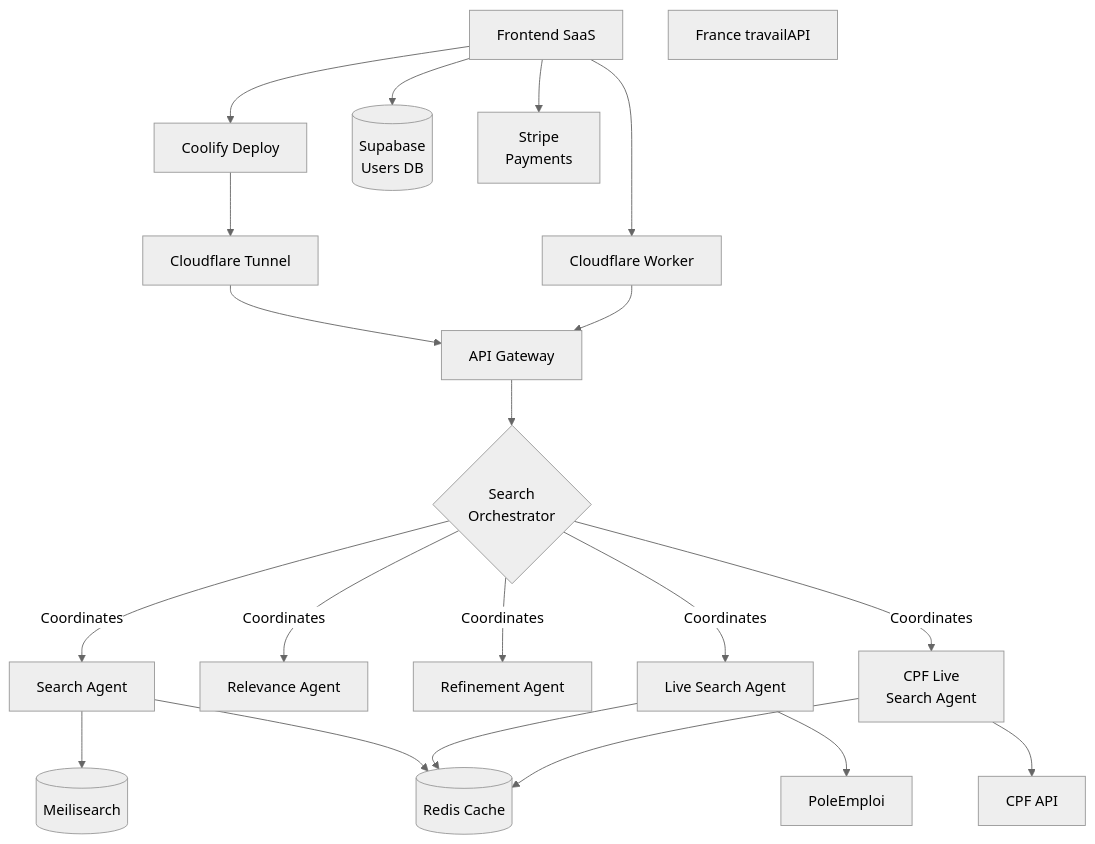
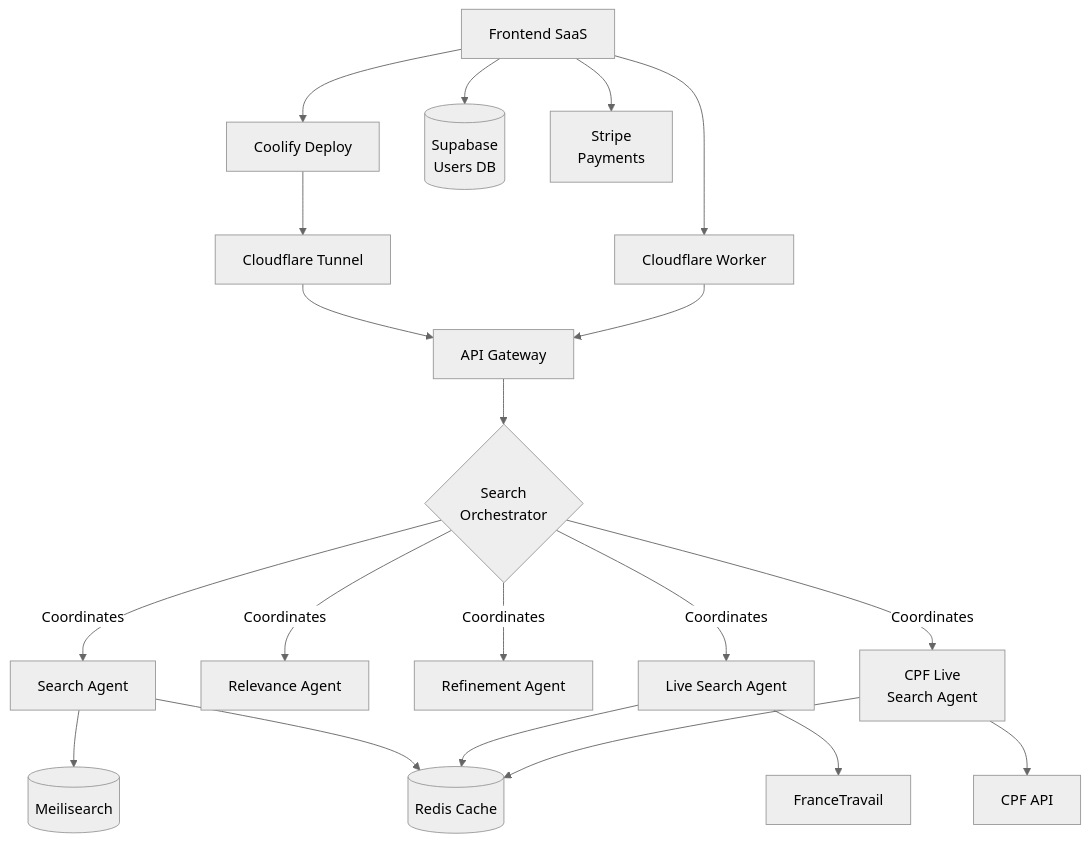
One commit to stranxik/passerelle.cc changed the first of 3 diagrams in README.md. Above: the diagram before and after it, drawn with Mermaid (neutral theme). The commit also changed other lines of this file, not shown here.

````diff
--- a/README.md
+++ b/README.md
@@ -5,56 +5,55 @@
 ```mermaid
 graph TB
     %% Frontend & Infrastructure
     Frontend[Frontend SaaS]
     Coolify[Coolify Deploy]
     CloudflareTunnel[Cloudflare Tunnel]
     CloudflareWorker[Cloudflare Worker]
     Supabase[(Supabase<br/>Users DB)]
     Stripe[Stripe<br/>Payments]
     
     %% Backend Core
     API[API Gateway]
     Redis[(Redis Cache)]
     Meilisearch[(Meilisearch)]
     
     %% Agents
     SearchOrchestrator{Search<br/>Orchestrator}
     SearchAgent[Search Agent]
     RelevanceAgent[Relevance Agent]
     RefinementAgent[Refinement Agent]
     LiveSearchAgent[Live Search Agent]
     CPFLiveSearchAgent[CPF Live<br/>Search Agent]
     
     %% External APIs
-    France-travail[France travailAPI]
     CPF[CPF API]
     
     %% Infrastructure Connections
     Frontend --> Coolify
     Coolify --> CloudflareTunnel
     CloudflareTunnel --> API
     Frontend --> CloudflareWorker
     CloudflareWorker --> API
     
     %% Frontend Connections
     Frontend --> Supabase
     Frontend --> Stripe
     
     %% Backend Flow
     API --> SearchOrchestrator
     SearchOrchestrator --> |Coordinates| SearchAgent
     SearchOrchestrator --> |Coordinates| RelevanceAgent
     SearchOrchestrator --> |Coordinates| RefinementAgent
     SearchOrchestrator --> |Coordinates| LiveSearchAgent
     SearchOrchestrator --> |Coordinates| CPFLiveSearchAgent
     
     %% Data Sources
     SearchAgent --> Meilisearch
-    LiveSearchAgent --> PoleEmploi
+    LiveSearchAgent --> FranceTravail
     CPFLiveSearchAgent --> CPF
     
     %% Cache
     SearchAgent --> Redis
     LiveSearchAgent --> Redis
     CPFLiveSearchAgent --> Redis
 ```
````
